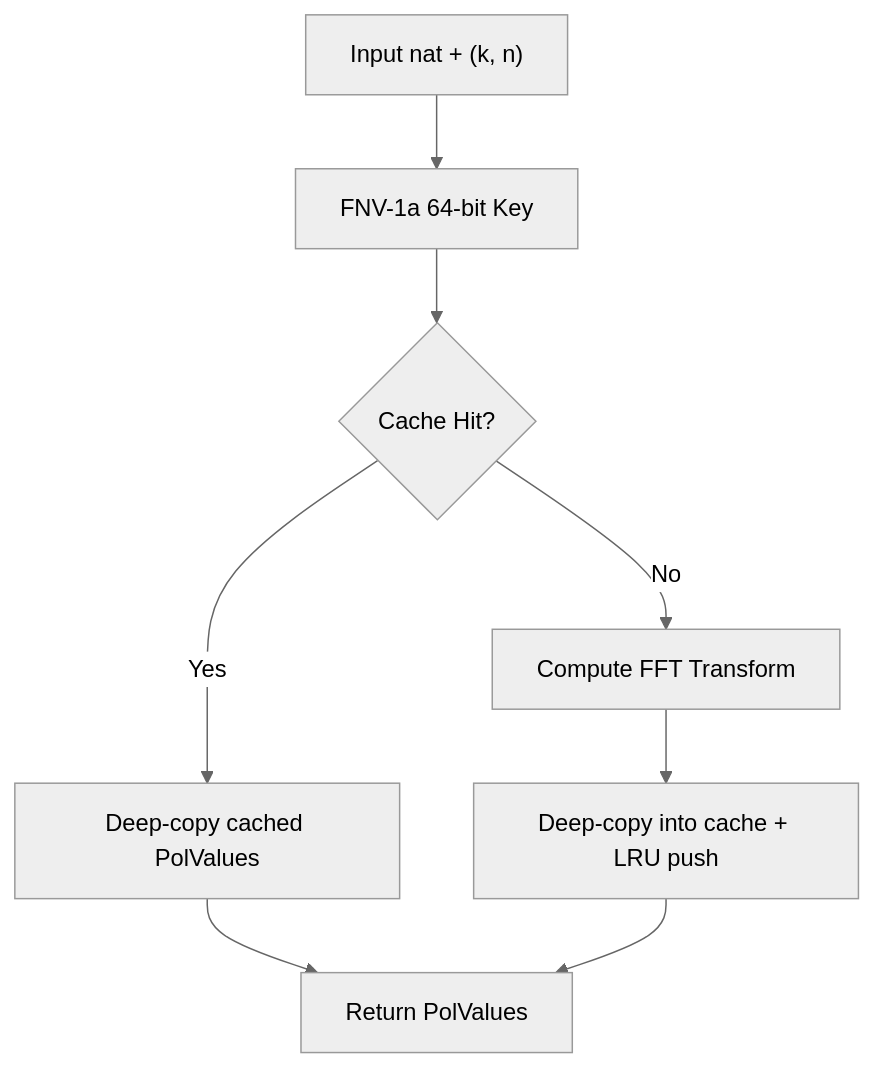
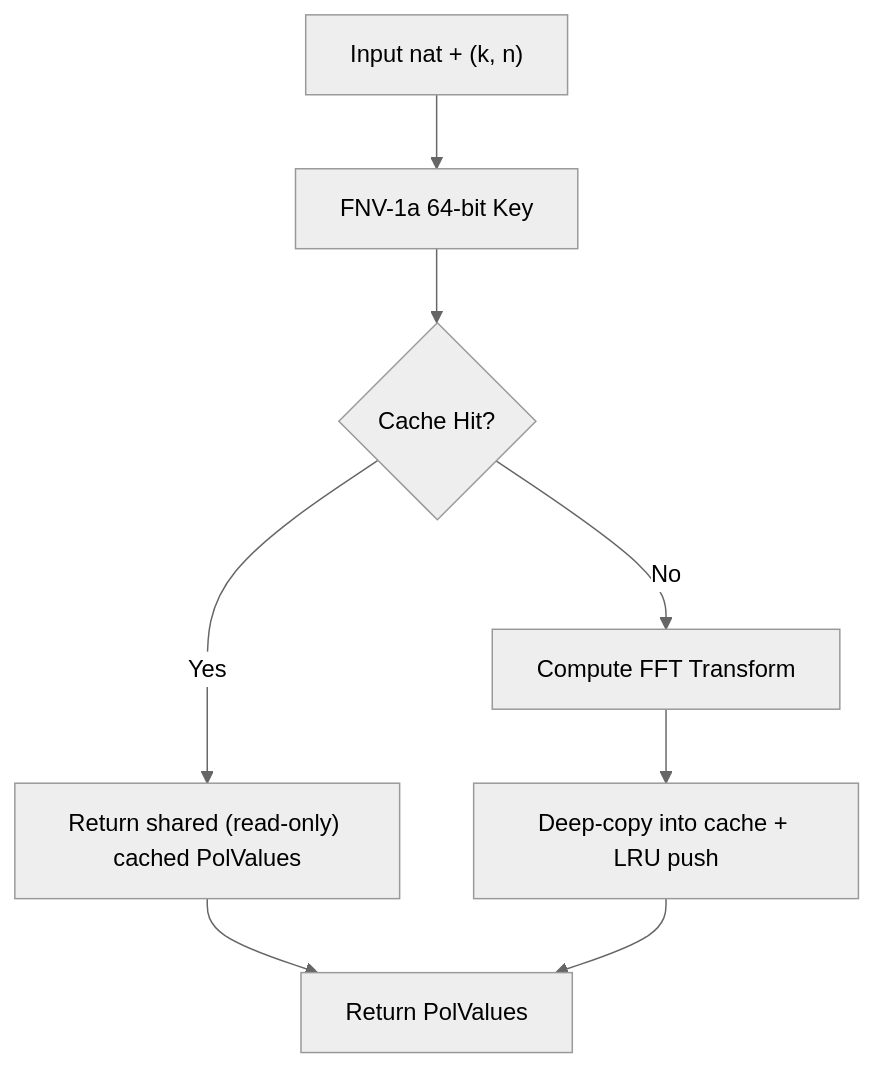
One commit to agbruneau/Fibonacci changed the fourth of 5 diagrams in docs/algorithms/BIGFFT.md. Above: the diagram before and after it, drawn with Mermaid (neutral theme). The commit also changed other lines of this file and 19 other files, not shown here.

````diff
--- a/docs/algorithms/BIGFFT.md
+++ b/docs/algorithms/BIGFFT.md
@@ -537,10 +539,10 @@
 ```mermaid
 flowchart TD
     Input["Input nat + (k, n)"] --> Hash["FNV-1a 64-bit Key"]
     Hash --> Lookup{"Cache Hit?"}
-    Lookup -->|Yes| Clone["Deep-copy cached PolValues"]
+    Lookup -->|Yes| Clone["Return shared (read-only) cached PolValues"]
     Lookup -->|No| Compute["Compute FFT Transform"]
     Compute --> Store["Deep-copy into cache + LRU push"]
     Clone --> Return["Return PolValues"]
     Store --> Return
 ```
````
